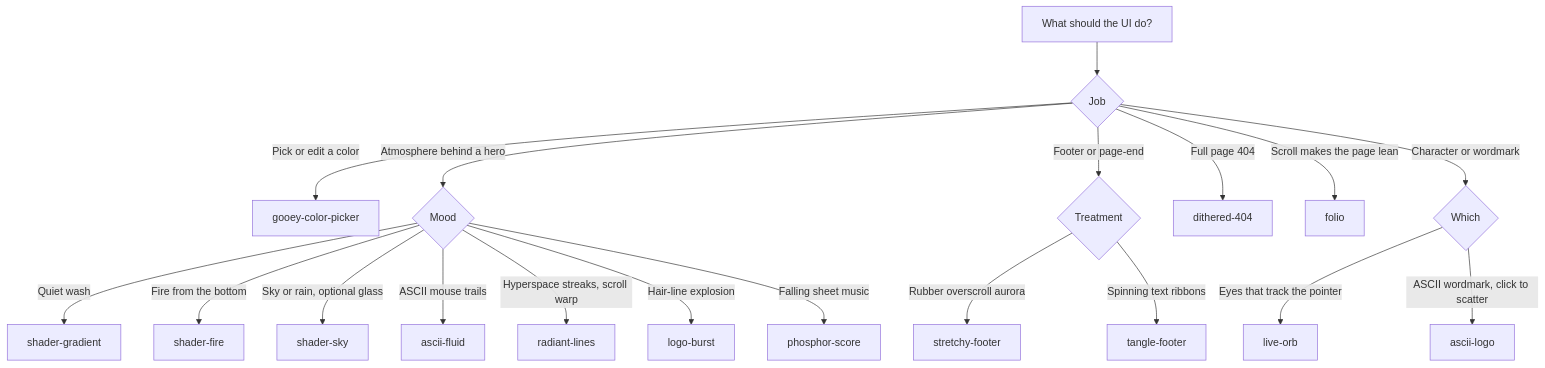
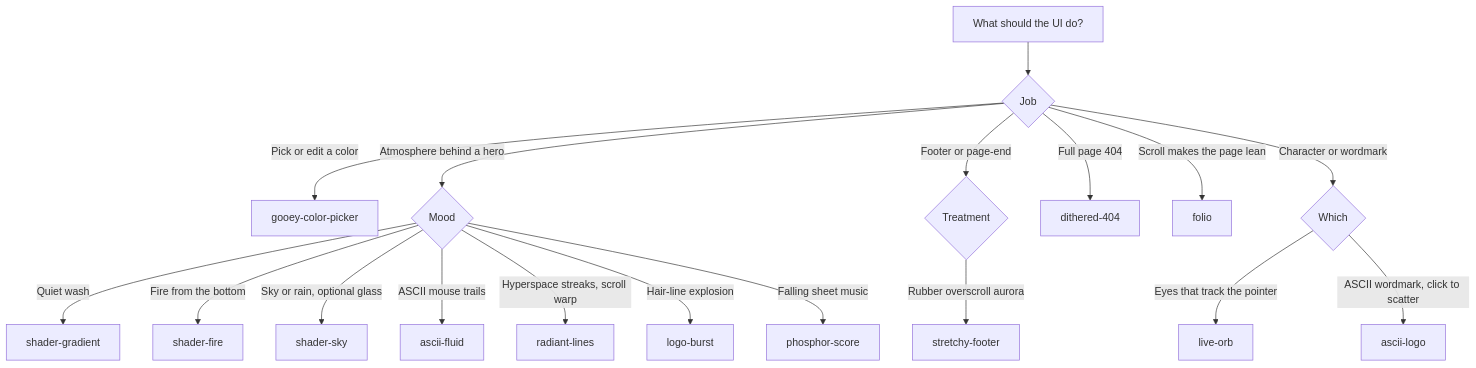
One commit to radiumcoders/23rd.dev changed the diagram in .cursor/skills/23rd/SKILL.md. Above: the diagram before and after it, drawn with Mermaid. The commit also changed other lines of this file and 21 other files, not shown here.

First line of the commit message:
Remove Tangle Footer.

````diff
--- a/.cursor/skills/23rd/SKILL.md
+++ b/.cursor/skills/23rd/SKILL.md
@@ -84,22 +84,21 @@
 ```mermaid
 flowchart TD
   start[What should the UI do?]
   start --> pick{Job}
   pick -->|Pick or edit a color| gooey[gooey-color-picker]
   pick -->|Atmosphere behind a hero| atmo{Mood}
   pick -->|Footer or page-end| foot{Treatment}
   pick -->|Full page 404| d404[dithered-404]
   pick -->|Scroll makes the page lean| folio[folio]
   pick -->|Character or wordmark| mark{Which}
   atmo -->|Quiet wash| sg[shader-gradient]
   atmo -->|Fire from the bottom| sf[shader-fire]
   atmo -->|Sky or rain, optional glass| ss[shader-sky]
   atmo -->|ASCII mouse trails| af[ascii-fluid]
   atmo -->|Hyperspace streaks, scroll warp| rl[radiant-lines]
   atmo -->|Hair-line explosion| lb[logo-burst]
   atmo -->|Falling sheet music| ps[phosphor-score]
   foot -->|Rubber overscroll aurora| st[stretchy-footer]
-  foot -->|Spinning text ribbons| tf[tangle-footer]
   mark -->|Eyes that track the pointer| orb[live-orb]
   mark -->|ASCII wordmark, click to scatter| al[ascii-logo]
 ```
````
